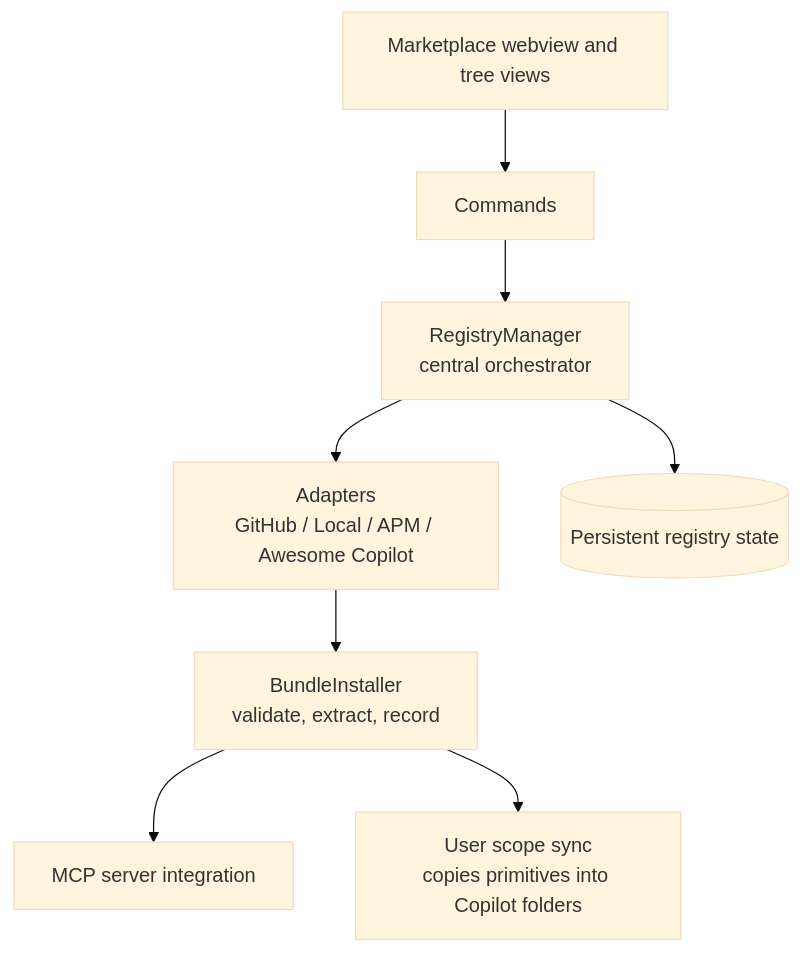
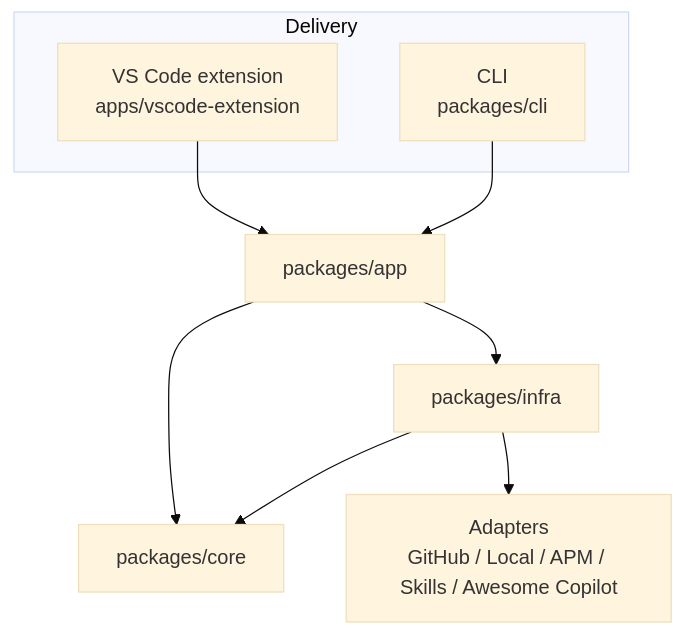
The diagram in mirrors/repos/AmadeusITGroup@ai-primitives-hub/README.md (gabrielmoreira/agent-skills-mirror), drawn with Mermaid (base theme) before and after one commit. The commit also changed other lines of this file and 1228 other files, not shown here.

````diff
--- a/mirrors/repos/AmadeusITGroup@ai-primitives-hub/README.md
+++ b/mirrors/repos/AmadeusITGroup@ai-primitives-hub/README.md
@@ -174,10 +61,13 @@
 ```mermaid
 flowchart TD
-    UI[Marketplace webview and tree views] --> CMD[Commands]
-    CMD --> RM[RegistryManager<br/>central orchestrator]
-    RM --> AD[Adapters<br/>GitHub / Local / APM / Awesome Copilot]
-    AD --> BI[BundleInstaller<br/>validate, extract, record]
-    BI --> MCP[MCP server integration]
-    BI --> SYNC[User scope sync<br/>copies primitives into Copilot folders]
-    RM --> ST[(Persistent registry state)]
+    subgraph "Delivery"
+        VSC[VS Code extension<br/>apps/vscode-extension]
+        CLI[CLI<br/>packages/cli]
+    end
+    VSC --> APP[packages/app]
+    CLI --> APP
+    APP --> CORE[packages/core]
+    APP --> INF[packages/infra]
+    INF --> CORE
+    INF --> AD[Adapters<br/>GitHub / Local / APM / Skills / Awesome Copilot]
 ```
````
